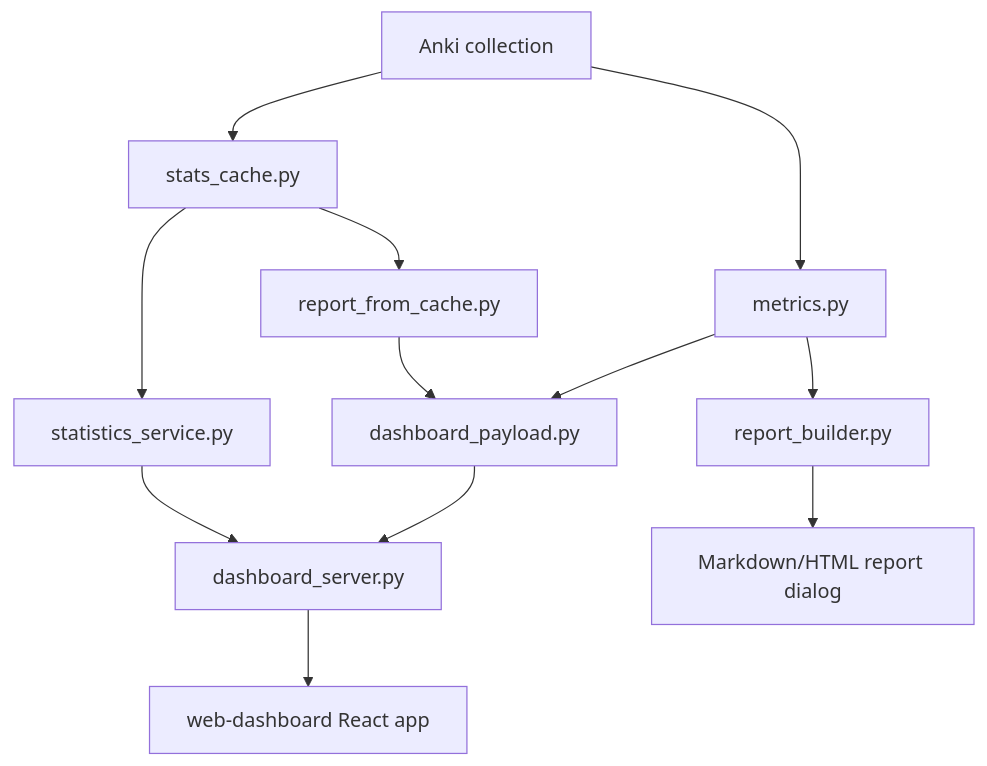
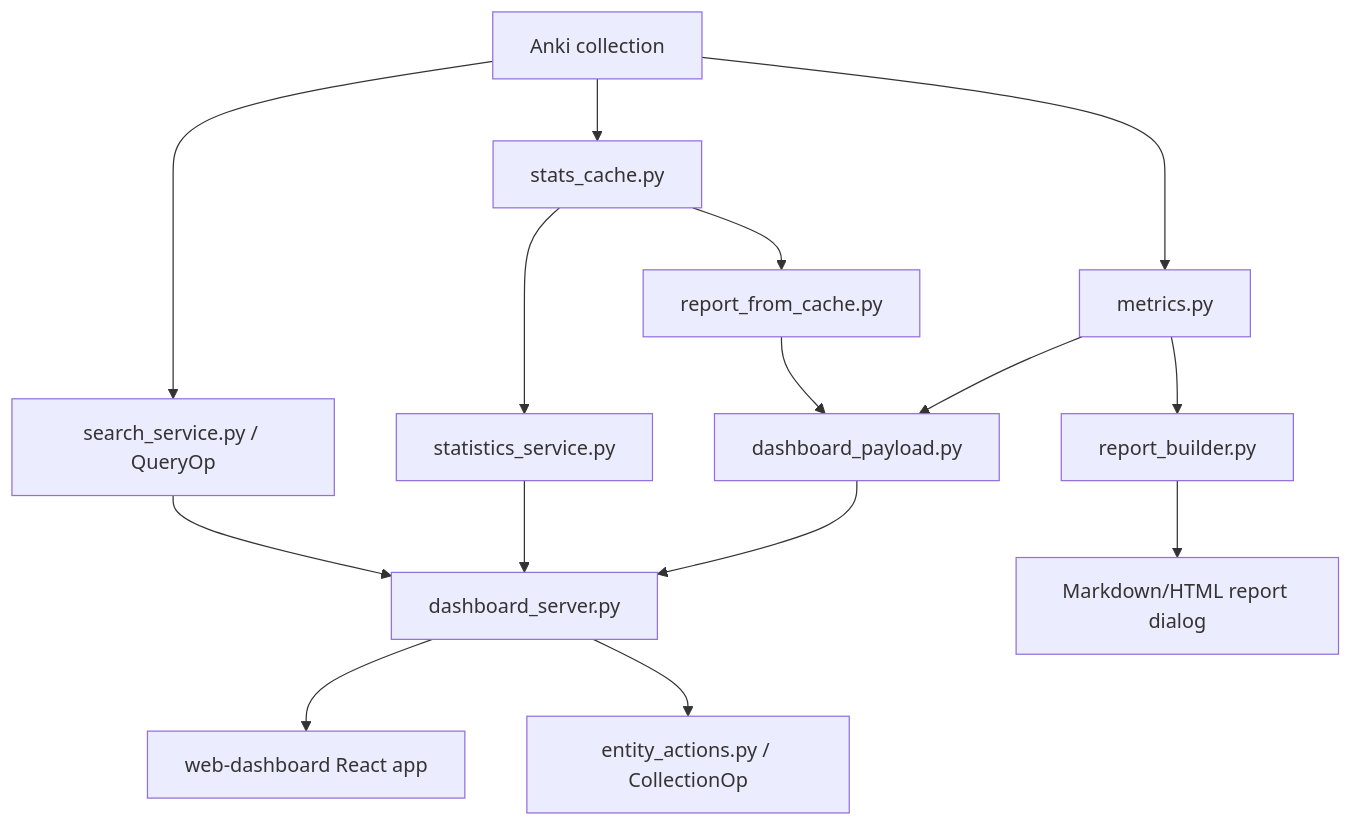
Before and after one commit to AliceLiddell01/anki-study-report: the diagram in docs/architecture.md, drawn with Mermaid. The commit also changed other lines of this file and 16 other files, not shown here.

````diff
--- a/docs/architecture.md
+++ b/docs/architecture.md
@@ -11,14 +11,17 @@
 ```mermaid
 flowchart TD
     A["Anki collection"] --> B["metrics.py"]
     A --> C["stats_cache.py"]
     C --> D["report_from_cache.py"]
     C --> S["statistics_service.py"]
     B --> E["dashboard_payload.py"]
     D --> E
     E --> F["dashboard_server.py"]
     F --> G["web-dashboard React app"]
     S --> F
+    A --> Q["search_service.py / QueryOp"]
+    Q --> F
+    F --> M["entity_actions.py / CollectionOp"]
     B --> H["report_builder.py"]
     H --> I["Markdown/HTML report dialog"]
 ```
````
